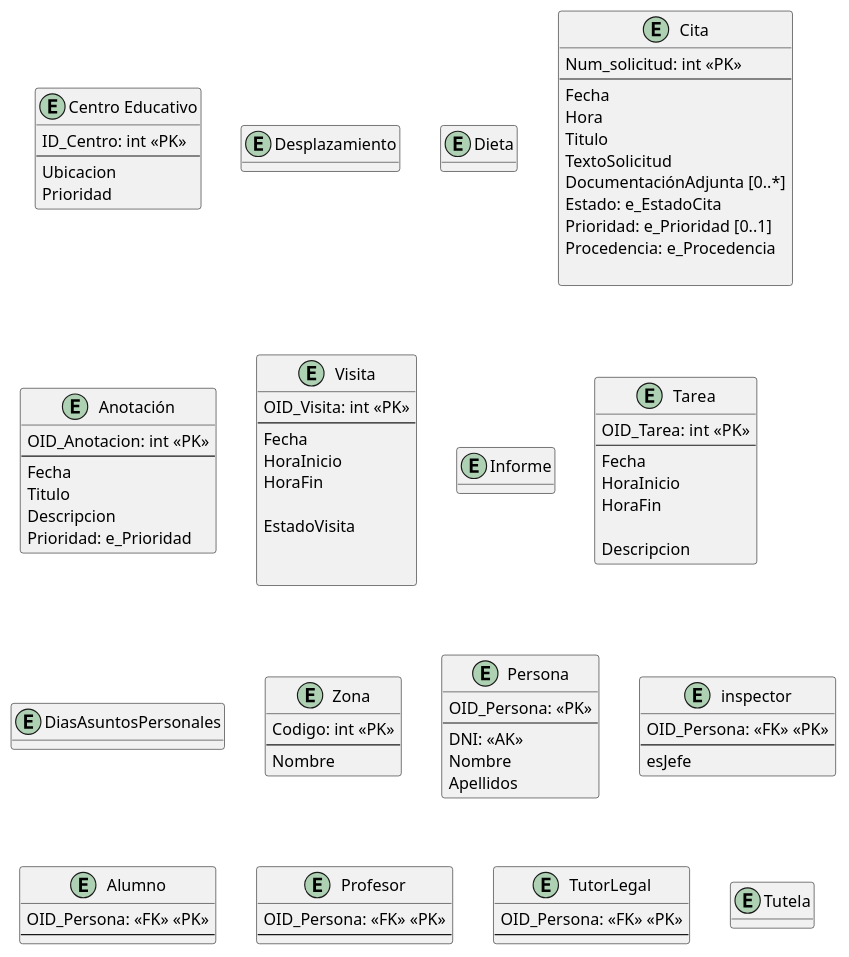
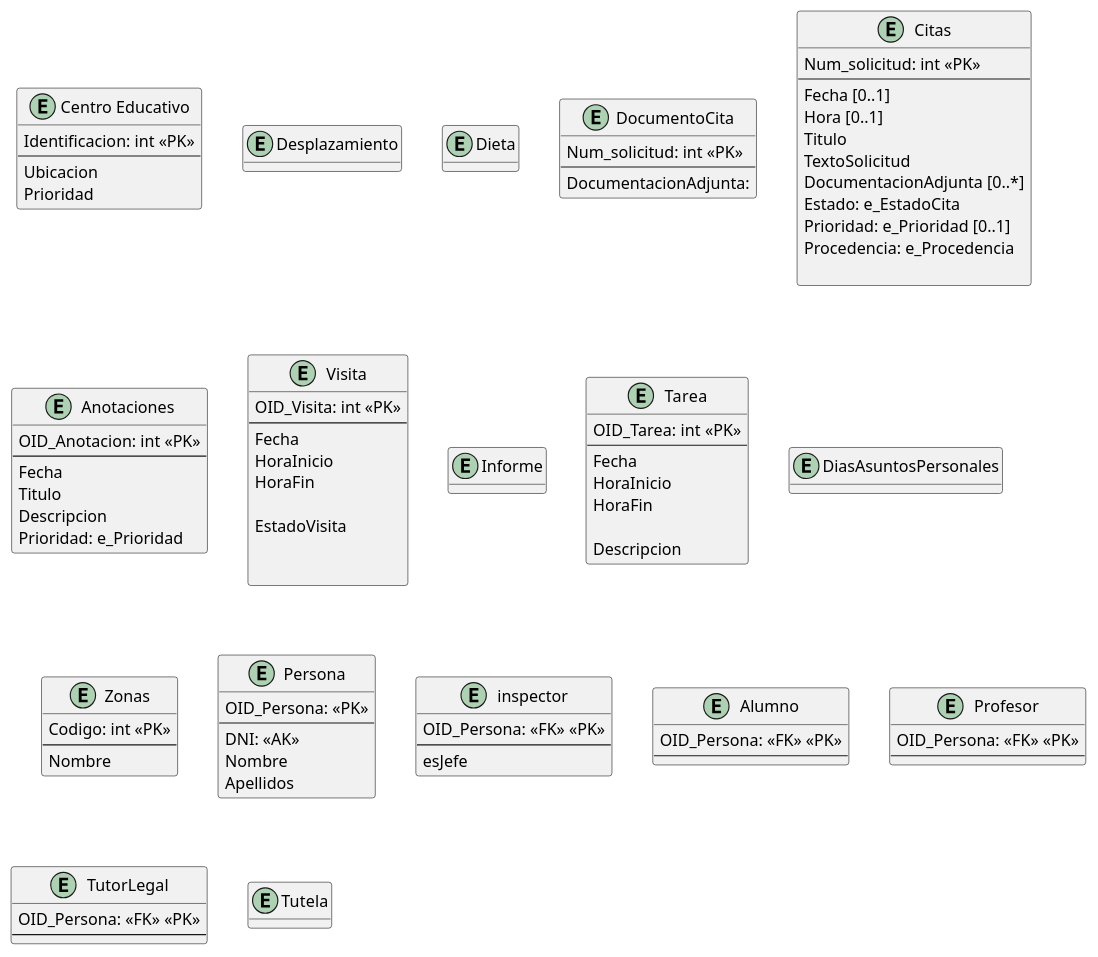
The diagram in modelado/modelado_relacional.puml (javiporti/ProyectoBD_Inspeccion_Educativa), drawn with PlantUML before and after one commit. The commit also changed 1 other file, not shown here.

```diff
--- a/modelado/modelado_relacional.puml
+++ b/modelado/modelado_relacional.puml
@@ -1,114 +1,119 @@
 @startuml modelado_conceptual
 hide methods
 skinparam ClassAttributeIconSize 0
 
 
-entity "Centro Educativo" as CentroEducativo {
-    ID_Centro: int <<PK>>
+entity "Centro Educativo" as CentrosEducativos {
+    Identificacion: int <<PK>>
     --
     Ubicacion
     Prioridad
 }
 
 entity Desplazamiento {
 
 }
 
 entity Dieta {
 
 }
 
-entity Cita {
+entity DocumentoCita {
     Num_solicitud: int <<PK>>
     --
-    Fecha 
-    Hora 
+    DocumentacionAdjunta: 
+}
+entity Citas {
+    Num_solicitud: int <<PK>>
+    --
+    Fecha [0..1]
+    Hora [0..1]
     Titulo
     TextoSolicitud
-    DocumentaciónAdjunta [0..*]
+    DocumentacionAdjunta [0..*]
     Estado: e_EstadoCita
     Prioridad: e_Prioridad [0..1]
     Procedencia: e_Procedencia
 
 }
 
-entity Anotación {
+entity Anotaciones {
     OID_Anotacion: int <<PK>>
     --
     Fecha
     Titulo
     Descripcion
     Prioridad: e_Prioridad
 }
 
 
 
 entity Visita {
     OID_Visita: int <<PK>>
     --
     Fecha
     HoraInicio
     HoraFin
 
     EstadoVisita
 
 
 }
 
 entity Informe {
 
 }
 
 entity Tarea {
     OID_Tarea: int <<PK>>
     --
     Fecha
     HoraInicio
     HoraFin
 
     Descripcion
 }
 
 entity DiasAsuntosPersonales {
 
 }
 
-entity Zona {
+entity Zonas {
     Codigo: int <<PK>>
     --
     Nombre
 }
 
 entity Persona {
     OID_Persona: <<PK>>
     --
     DNI: <<AK>>
     Nombre
     Apellidos
 }
 
 entity inspector {
     OID_Persona: <<FK>> <<PK>>
     --
     esJefe
 }
 entity Alumno {
     OID_Persona: <<FK>> <<PK>>
     --
 }
 
 entity Profesor {
     OID_Persona: <<FK>> <<PK>>
     --
 }
 
 entity TutorLegal {
     OID_Persona: <<FK>> <<PK>>
     --
 }
 
 entity Tutela {
 
 }
 
 @enduml
```
